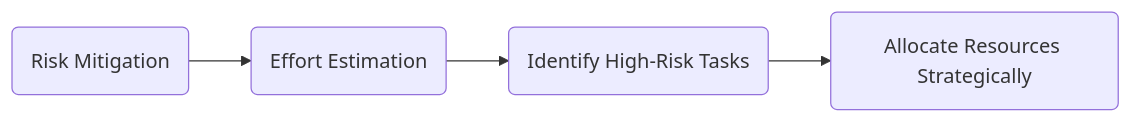
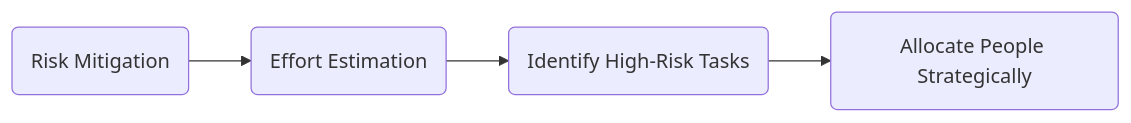
Before and after one commit to sammcj/smcleod: the seventh of 10 diagrams in content/posts/2023-04-28-estimating/index.md, drawn with Mermaid. The commit also changed other lines of this file, not shown here.

````diff
--- a/content/posts/2023-04-28-estimating/index.md
+++ b/content/posts/2023-04-28-estimating/index.md
@@ -157,6 +157,6 @@
 ```mermaid
 graph LR;
     A(Risk Mitigation)-->B4(Effort Estimation);
     B4-->C4(Identify High-Risk Tasks);
-    C4-->D4(Allocate Resources Strategically);
+    C4-->D4(Allocate People Strategically);
 ```
````
